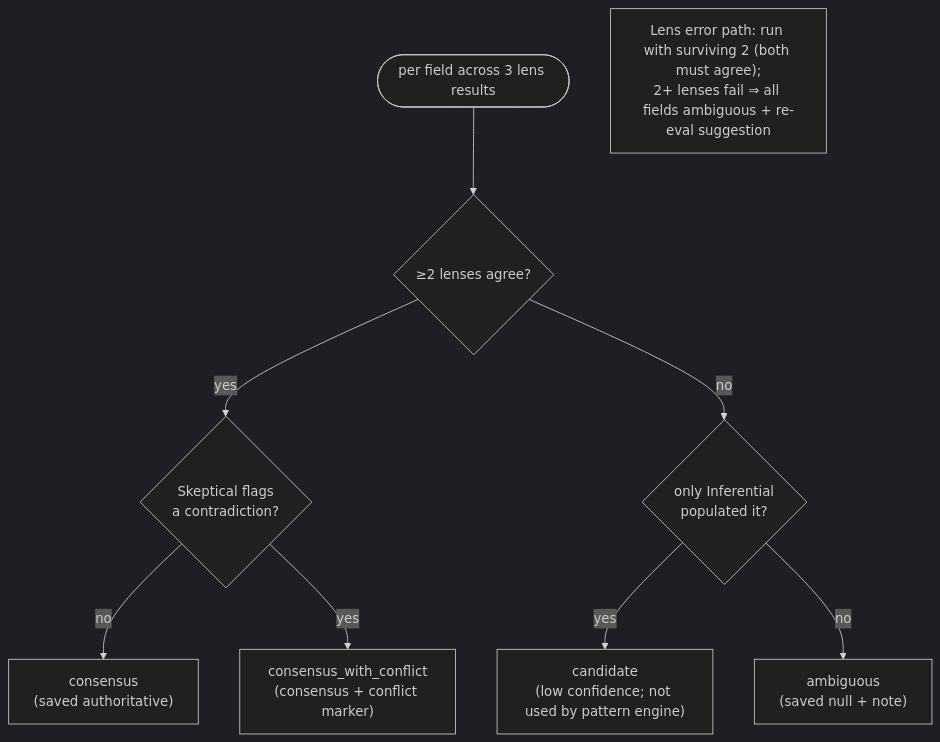
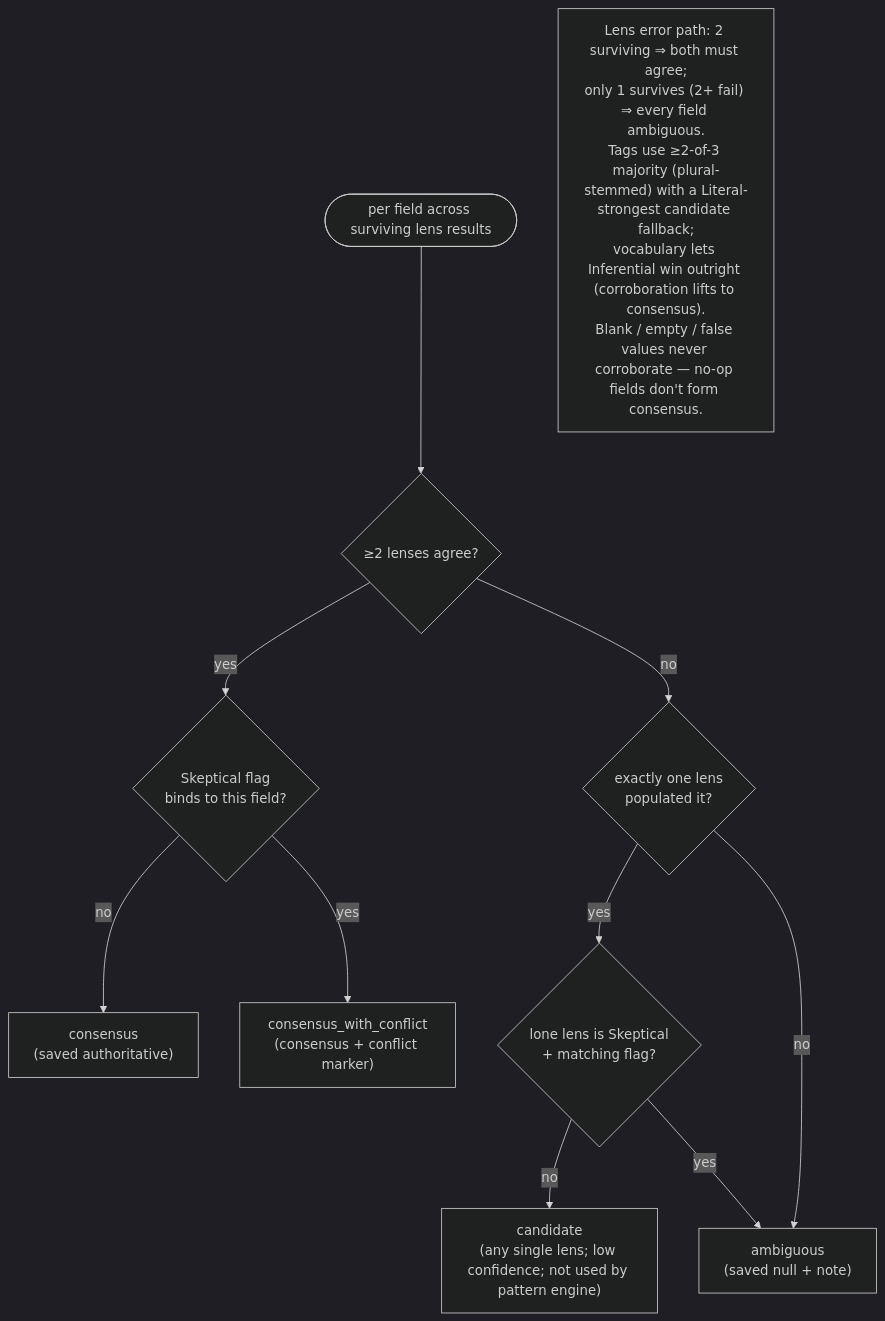
Before and after one commit to anchildress1/vestige: the third of 6 diagrams in docs/diagrams/llm-functionality.md, drawn with Mermaid (dark theme). The commit also changed other lines of this file and 19 other files, not shown here.

First line of the commit message:
docs: align diagram atlas, stories, README & spec docs to implementation (#62)

````diff
--- a/docs/diagrams/llm-functionality.md
+++ b/docs/diagrams/llm-functionality.md
@@ -91,15 +107,17 @@
 ```mermaid
 flowchart TD
     accTitle: Convergence resolver per-field decision
-    accDescr: For each field, if two or more of three lenses agree the verdict is consensus, unless Skeptical flags a conflict in which case it is consensus_with_conflict. If only Inferential populated it, the verdict is candidate. If all three disagree, the verdict is ambiguous and the field is saved null with a debug note.
+    accDescr: For each field, if two or more of three lenses agree the verdict is consensus, unless a Skeptical flag binds to that field in which case it is consensus_with_conflict. If exactly one lens populated the field the verdict is candidate (any single lens, not specifically Inferential), except a lone Skeptical carrying a matching flag resolves to ambiguous. If lenses disagree the verdict is ambiguous and the field is saved null with a lens-disagreement note.
 
-    F(["per field across 3 lens results"]) --> A{"≥2 lenses agree?"}
-    A -- yes --> SK{"Skeptical flags<br/>a contradiction?"}
-    SK -- no --> CAN["consensus<br/>(saved authoritative)"]
+    F(["per field across surviving lens results"]) --> A{"≥2 lenses agree?"}
+    A -- yes --> SK{"Skeptical flag<br/>binds to this field?"}
+    SK -- no --> CON["consensus<br/>(saved authoritative)"]
     SK -- yes --> CWC["consensus_with_conflict<br/>(consensus + conflict marker)"]
-    A -- no --> ONE{"only Inferential<br/>populated it?"}
-    ONE -- yes --> CND["candidate<br/>(low confidence; not used by pattern engine)"]
-    ONE -- no --> AMB["ambiguous<br/>(saved null + note)"]
+    A -- no --> ONE{"exactly one lens<br/>populated it?"}
+    ONE -- yes --> SKQ{"lone lens is Skeptical<br/>+ matching flag?"}
+    SKQ -- no --> CND["candidate<br/>(any single lens; low confidence; not used by pattern engine)"]
+    SKQ -- yes --> AMB["ambiguous<br/>(saved null + note)"]
+    ONE -- no --> AMB
 
-    note["Lens error path: run with surviving 2 (both must agree);<br/>2+ lenses fail ⇒ all fields ambiguous + re-eval suggestion"]
+    note["Lens error path: 2 surviving ⇒ both must agree;<br/>only 1 survives (2+ fail) ⇒ every field ambiguous.<br/>Tags use ≥2-of-3 majority (plural-stemmed) with a Literal-strongest candidate fallback;<br/>vocabulary lets Inferential win outright (corroboration lifts to consensus).<br/>Blank / empty / false values never corroborate — no-op fields don't form consensus."]
 ```
````
